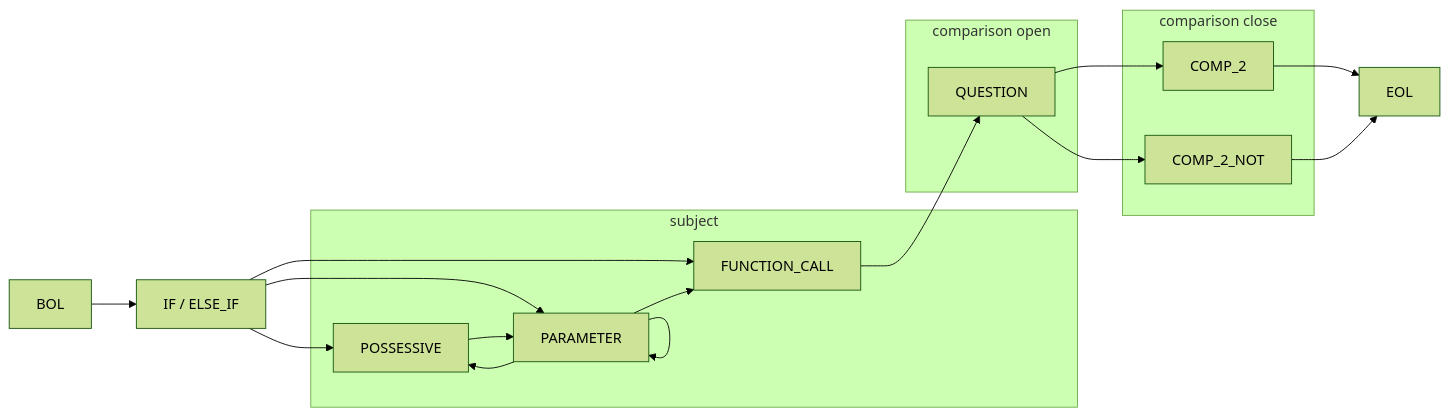
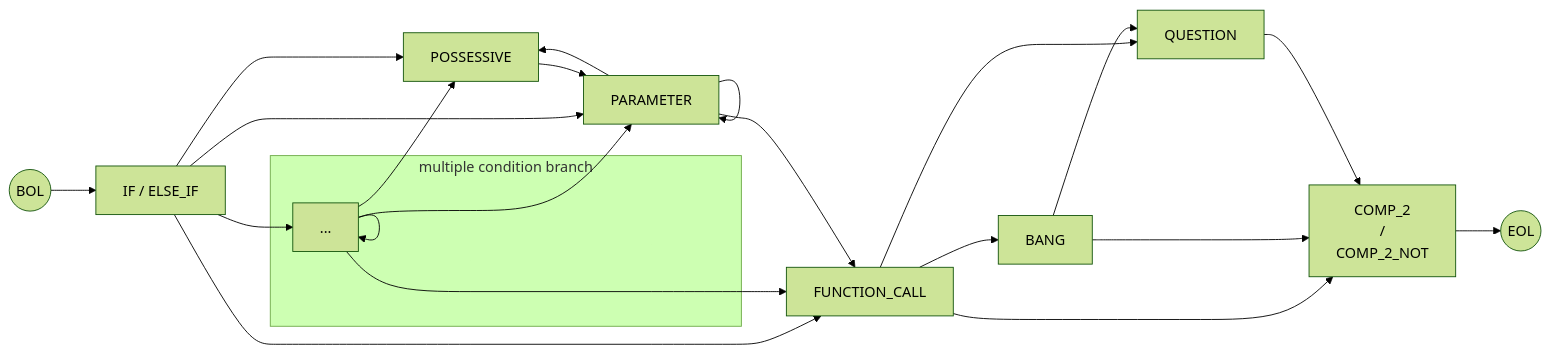
One commit to rewhowe/snapdragon changed the tenth of 17 diagrams in documentation/nfsm.md. Above: the diagram before and after it, drawn with Mermaid (forest theme). The commit also changed other lines of this file and 187 other files, not shown here.

````diff
--- a/documentation/nfsm.md
+++ b/documentation/nfsm.md
@@ -241,34 +387,35 @@
 ```mermaid
 graph LR
-  BOL --> IF[IF / ELSE_IF]
+  BOL((BOL)) --> IF[IF / ELSE_IF]
 
-  IF[IF / ELSE_IF ] --> POSSESSIVE
-  IF[IF / ELSE_IF ] --> PARAMETER
-  IF[IF / ELSE_IF ] --> FUNCTION_CALL
+  IF --> mcb["..."]
+  IF --> POSSESSIVE
+  IF --> PARAMETER
+  IF --> FUNCTION_CALL
 
-  subgraph subject
-    PARAMETER --> POSSESSIVE
-    PARAMETER --> PARAMETER
-    PARAMETER --> FUNCTION_CALL
+  mcb --> mcb
+  mcb --> POSSESSIVE
+  mcb --> PARAMETER
+  mcb --> FUNCTION_CALL
 
-    POSSESSIVE --> PARAMETER
-  end
+  PARAMETER --> POSSESSIVE
+  PARAMETER --> PARAMETER
+  PARAMETER --> FUNCTION_CALL
 
+  POSSESSIVE --> PARAMETER
+
+  FUNCTION_CALL --> BANG
   FUNCTION_CALL --> QUESTION
+  FUNCTION_CALL --> COMP_2["COMP_2<br>/<br>COMP_2_NOT"]
+
+  BANG --> QUESTION
+  BANG --> COMP_2
 
   QUESTION --> COMP_2
-  QUESTION --> COMP_2_NOT
 
-  COMP_2 --> EOL
+  COMP_2 --> EOL((EOL))
 
-  COMP_2_NOT --> EOL
-
-  subgraph comparison open
-    QUESTION
-  end
-
-  subgraph comparison close
-    COMP_2
-    COMP_2_NOT
+  subgraph multiple condition branch
+    mcb
   end
 ```
````
